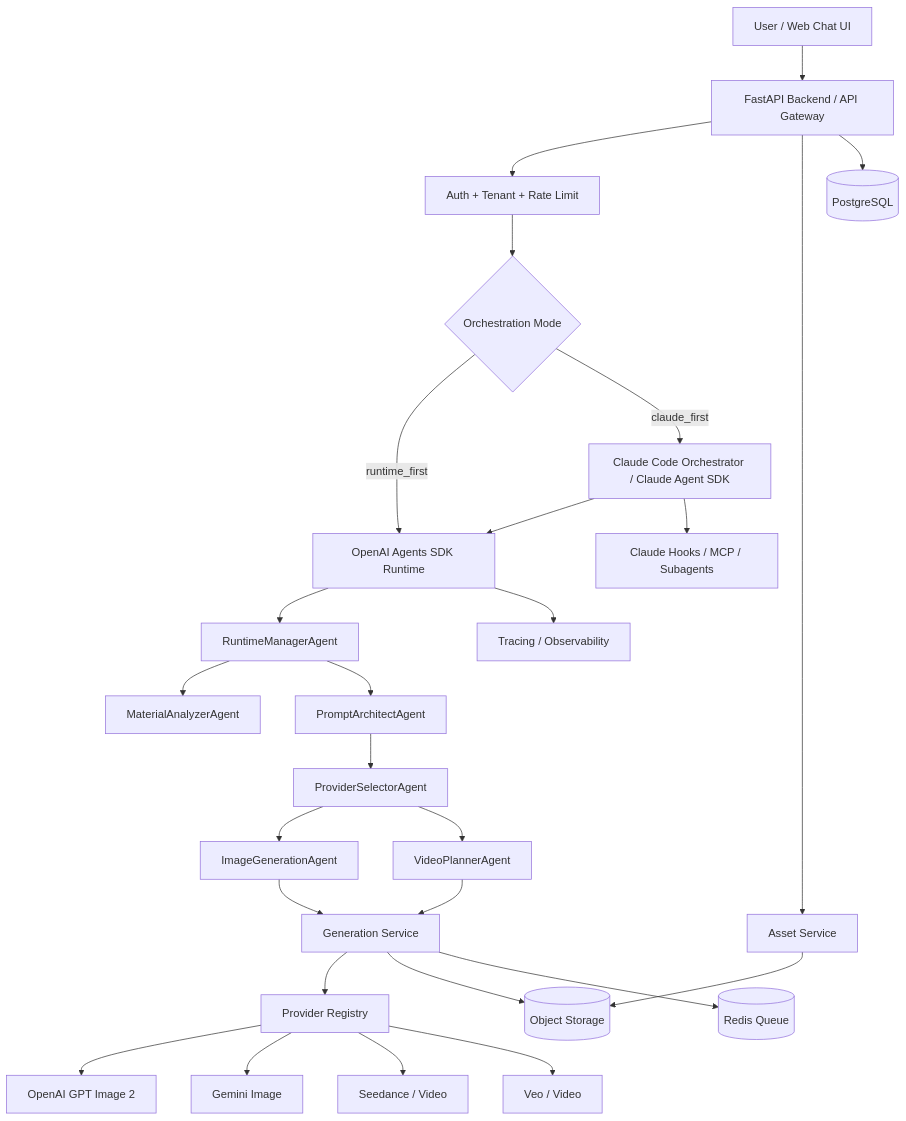
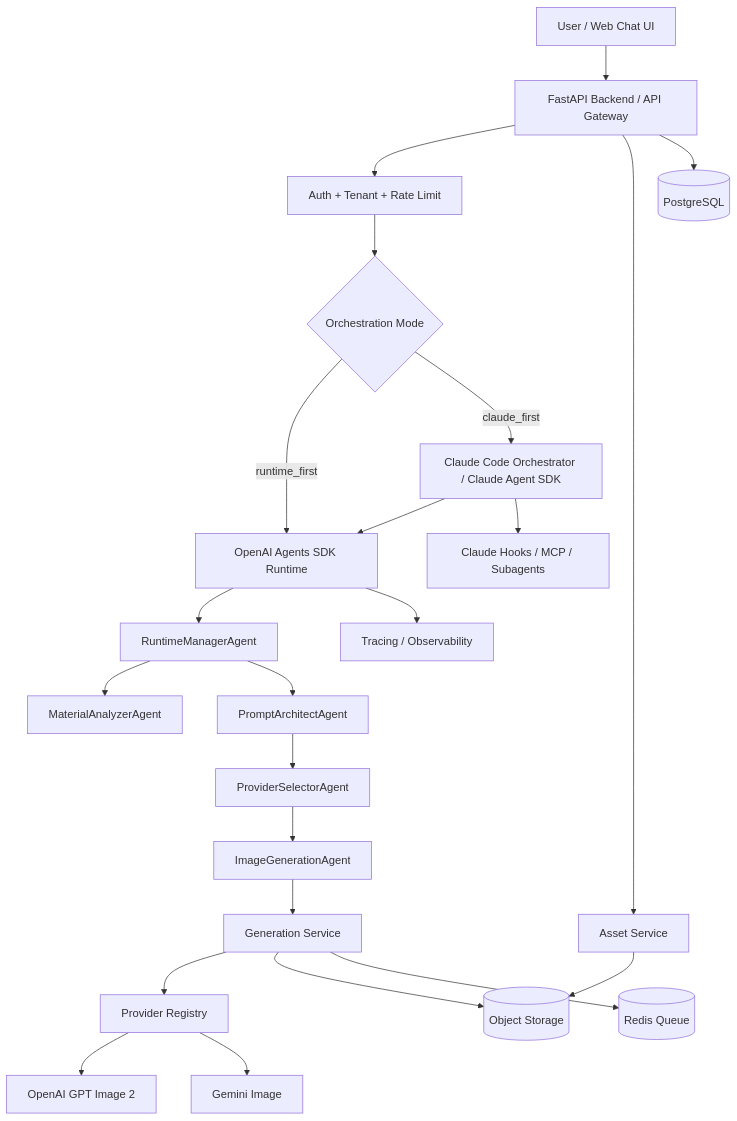
The diagram in diagrams/system_architecture.mmd (meta-xucong/alchemy-media-agent), drawn with Mermaid before and after one commit. The commit also changed 39 other files, not shown here.

```diff
--- a/diagrams/system_architecture.mmd
+++ b/diagrams/system_architecture.mmd
@@ -1,27 +1,23 @@
 flowchart TD
     U[User / Web Chat UI] --> API[FastAPI Backend / API Gateway]
     API --> AUTH[Auth + Tenant + Rate Limit]
     AUTH --> ORCH{Orchestration Mode}
     ORCH -->|runtime_first| OAI[OpenAI Agents SDK Runtime]
     ORCH -->|claude_first| CLAUDE[Claude Code Orchestrator / Claude Agent SDK]
     CLAUDE --> OAI
     OAI --> MANAGER[RuntimeManagerAgent]
     MANAGER --> MAT[MaterialAnalyzerAgent]
     MANAGER --> PROMPT[PromptArchitectAgent]
     PROMPT --> SELECT[ProviderSelectorAgent]
     SELECT --> IMG[ImageGenerationAgent]
-    SELECT --> VID[VideoPlannerAgent]
     IMG --> GENSVC[Generation Service]
-    VID --> GENSVC
     GENSVC --> REG[Provider Registry]
     REG --> OPENAI[OpenAI GPT Image 2]
     REG --> GEMINI[Gemini Image]
-    REG --> SEEDANCE[Seedance / Video]
-    REG --> VEO[Veo / Video]
     API --> ASSET[Asset Service]
     ASSET --> OBJ[(Object Storage)]
     GENSVC --> OBJ
     API --> DB[(PostgreSQL)]
     GENSVC --> Q[(Redis Queue)]
     OAI --> TRACE[Tracing / Observability]
     CLAUDE --> HOOKS[Claude Hooks / MCP / Subagents]
```
